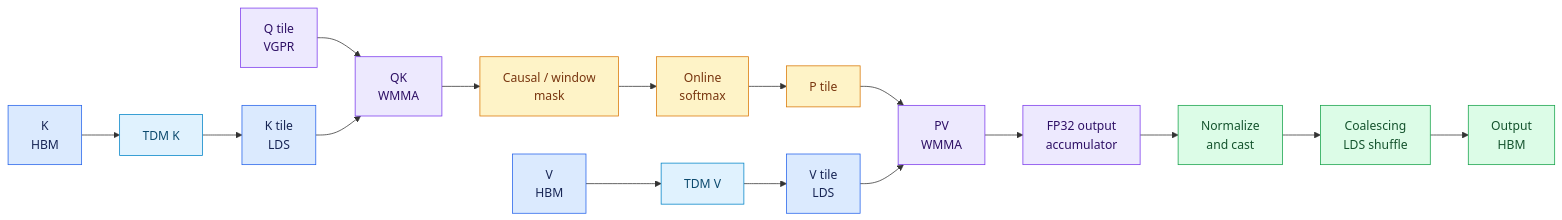
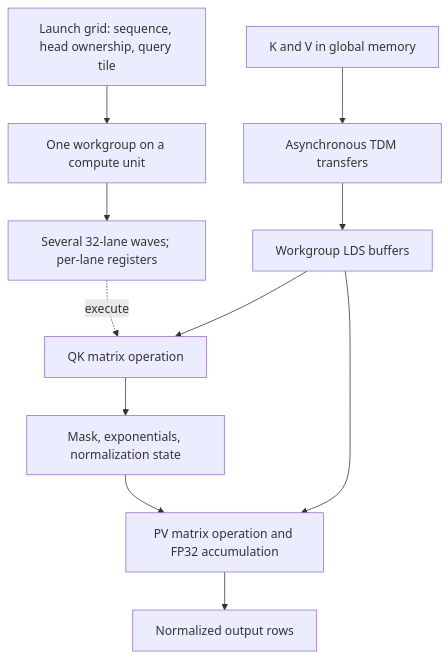
Before and after one commit to nithinsubbiah/amd-gpu-perf: the first of 2 diagrams in blog/gfx1250-mha-prefill/README.md, drawn with Mermaid. The commit also changed other lines of this file and 5 other files, not shown here.

````diff
--- a/blog/gfx1250-mha-prefill/README.md
+++ b/blog/gfx1250-mha-prefill/README.md
@@ -108,22 +111,13 @@
 ```mermaid
-flowchart LR
-    Q["Q tile<br/>VGPR"] --> QK["QK<br/>WMMA"]
-    K["K<br/>HBM"] --> TK["TDM K"] --> KL["K tile<br/>LDS"] --> QK
-    QK --> M["Causal / window<br/>mask"] --> SM["Online<br/>softmax"] --> P["P tile"]
-    P --> PV["PV<br/>WMMA"]
-    V["V<br/>HBM"] --> TV["TDM V"] --> VL["V tile<br/>LDS"] --> PV
-    PV --> A["FP32 output<br/>accumulator"] --> N["Normalize<br/>and cast"]
-    N --> S["Coalescing<br/>LDS shuffle"] --> O["Output<br/>HBM"]
-
-    classDef memory fill:#dbeafe,stroke:#2563eb,color:#172554
-    classDef mover fill:#e0f2fe,stroke:#0284c7,color:#0c4a6e
-    classDef matrix fill:#ede9fe,stroke:#7c3aed,color:#2e1065
-    classDef softmax fill:#fef3c7,stroke:#d97706,color:#78350f
-    classDef output fill:#dcfce7,stroke:#16a34a,color:#14532d
-
-    class K,V,KL,VL memory
-    class TK,TV mover
-    class Q,QK,PV,A matrix
-    class M,SM,P softmax
-    class N,S,O output
+flowchart TD
+    Grid["Launch grid: sequence, head ownership, query tile"] --> WG["One workgroup on a compute unit"]
+    WG --> Waves["Several 32-lane waves; per-lane registers"]
+    HBM["K and V in global memory"] --> TDM["Asynchronous TDM transfers"]
+    TDM --> LDS["Workgroup LDS buffers"]
+    LDS --> QK["QK matrix operation"]
+    QK --> Softmax["Mask, exponentials, normalization state"]
+    Softmax --> PV["PV matrix operation and FP32 accumulation"]
+    LDS --> PV
+    Waves -. "execute" .-> QK
+    PV --> Out["Normalized output rows"]
 ```
````
